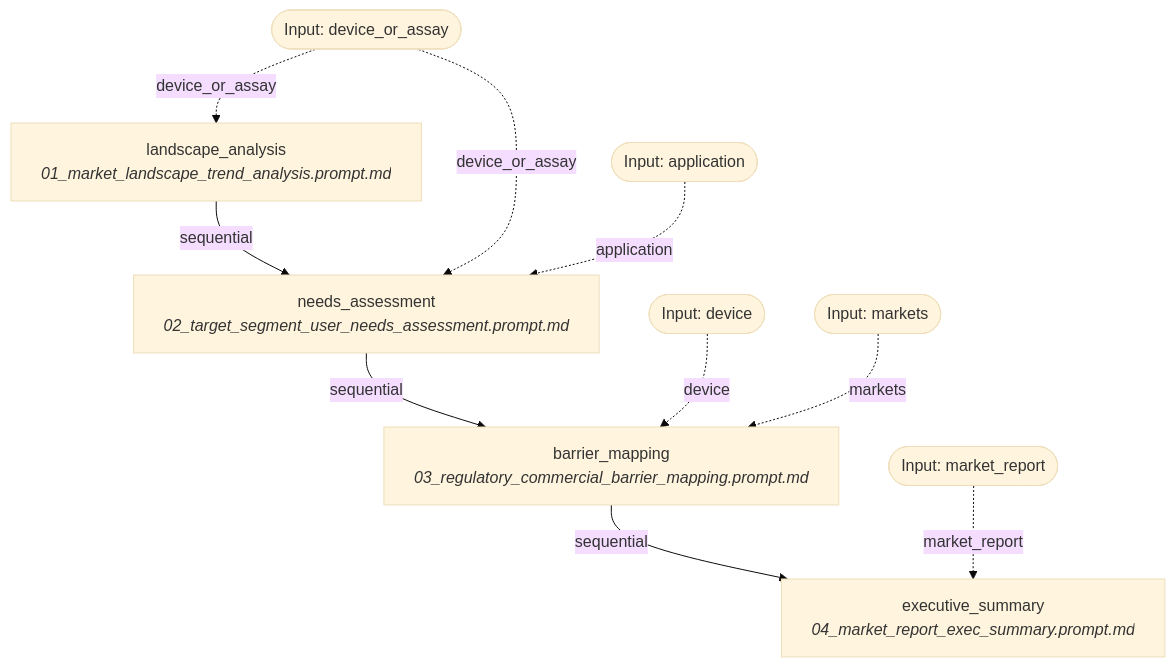
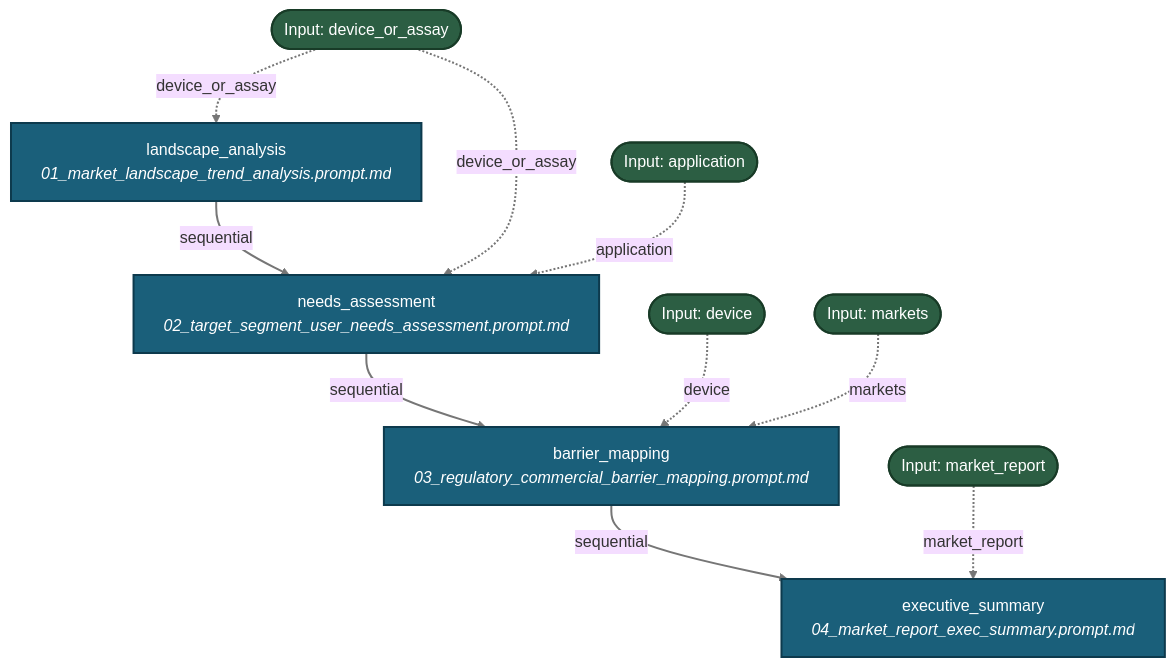
One commit to fderuiter/proompts changed the diagram in docs/workflows/market_research.md. Above: the diagram before and after it, drawn with Mermaid (base theme). The commit also changed 267 other files, not shown here.

````diff
--- a/docs/workflows/market_research.md
+++ b/docs/workflows/market_research.md
@@ -11,21 +11,24 @@
 ```mermaid
 graph TD
-    INPUT_device_or_assay([Input: device_or_assay])
-    INPUT_application([Input: application])
-    INPUT_device([Input: device])
-    INPUT_markets([Input: markets])
-    INPUT_market_report([Input: market_report])
-    landscape_analysis[landscape_analysis<br><i>01_market_landscape_trend_analysis.prompt.md</i>]
+    classDef stepNode fill:#1a5f7a,stroke:#0d3a4d,stroke-width:2px,color:#ffffff;
+    classDef inputNode fill:#2c5e43,stroke:#183b27,stroke-width:2px,color:#ffffff;
+    INPUT_device_or_assay([Input: device_or_assay]):::inputNode
+    INPUT_application([Input: application]):::inputNode
+    INPUT_device([Input: device]):::inputNode
+    INPUT_markets([Input: markets]):::inputNode
+    INPUT_market_report([Input: market_report]):::inputNode
+    landscape_analysis[landscape_analysis<br><i>01_market_landscape_trend_analysis.prompt.md</i>]:::stepNode
     INPUT_device_or_assay -. device_or_assay .-> landscape_analysis
     landscape_analysis -->|sequential| needs_assessment
-    needs_assessment[needs_assessment<br><i>02_target_segment_user_needs_assessment.prompt.md</i>]
+    needs_assessment[needs_assessment<br><i>02_target_segment_user_needs_assessment.prompt.md</i>]:::stepNode
     INPUT_device_or_assay -. device_or_assay .-> needs_assessment
     INPUT_application -. application .-> needs_assessment
     needs_assessment -->|sequential| barrier_mapping
-    barrier_mapping[barrier_mapping<br><i>03_regulatory_commercial_barrier_mapping.prompt.md</i>]
+    barrier_mapping[barrier_mapping<br><i>03_regulatory_commercial_barrier_mapping.prompt.md</i>]:::stepNode
     INPUT_device -. device .-> barrier_mapping
     INPUT_markets -. markets .-> barrier_mapping
     barrier_mapping -->|sequential| executive_summary
-    executive_summary[executive_summary<br><i>04_market_report_exec_summary.prompt.md</i>]
+    executive_summary[executive_summary<br><i>04_market_report_exec_summary.prompt.md</i>]:::stepNode
     INPUT_market_report -. market_report .-> executive_summary
+    linkStyle default stroke:#767676,stroke-width:2px;
 ```
````
